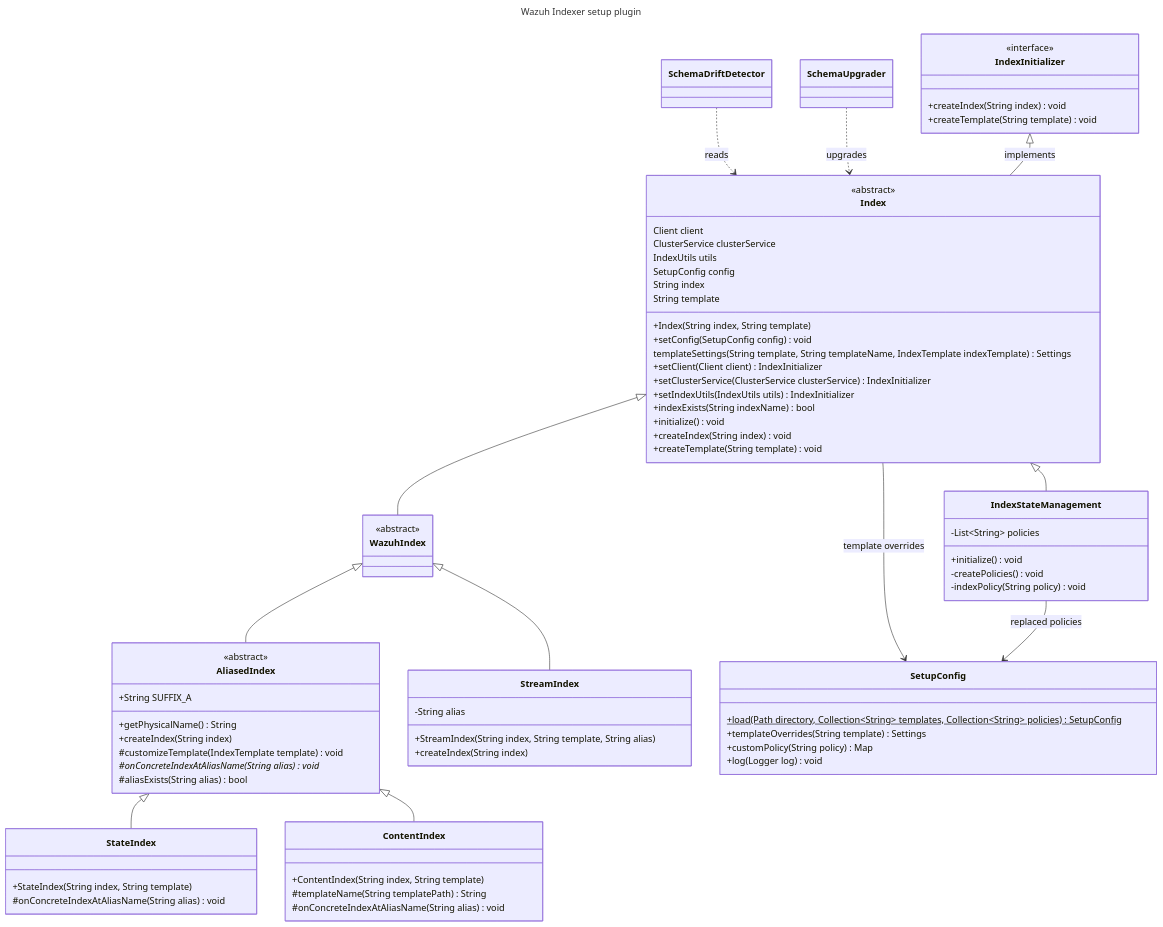
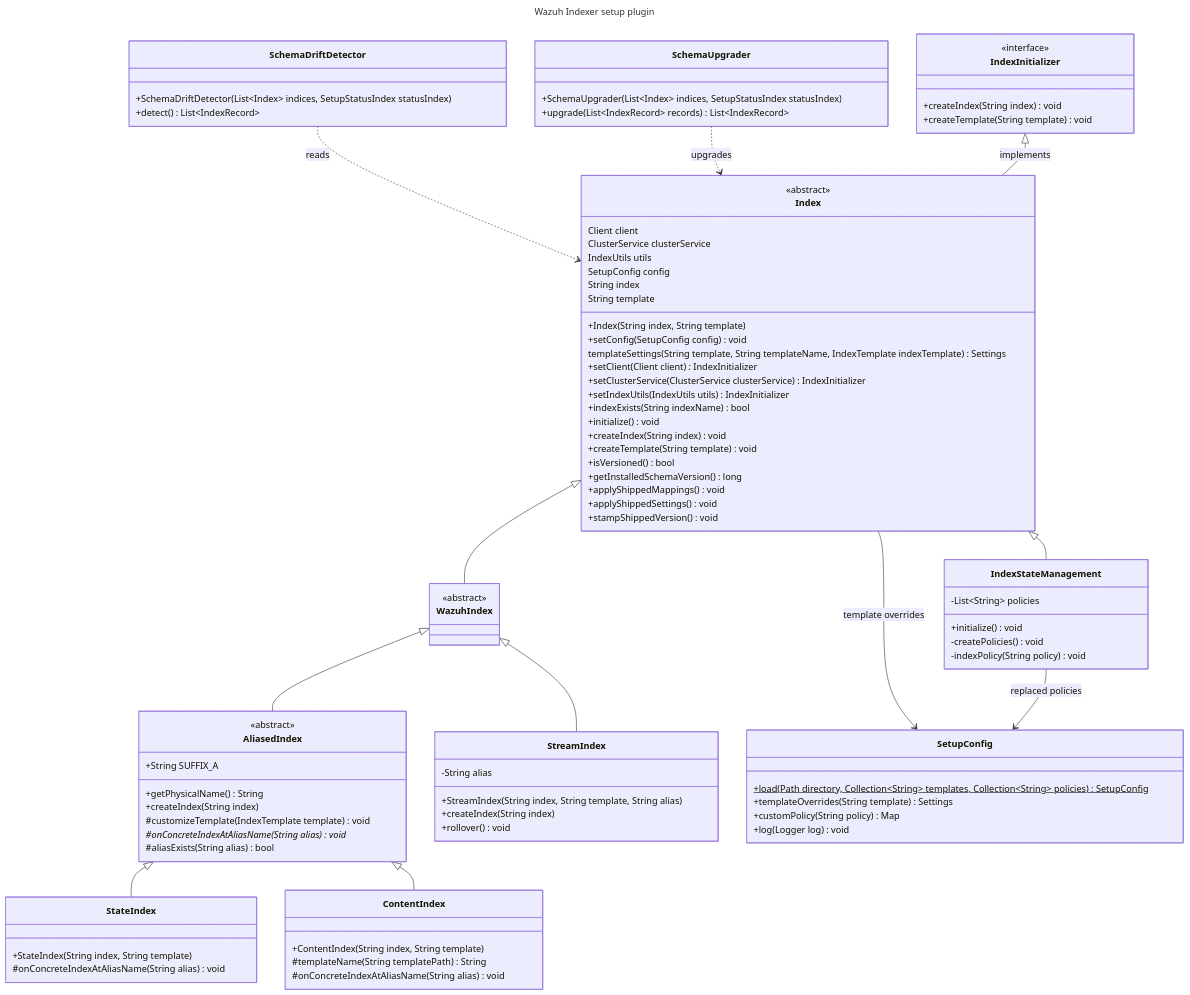
Before and after one commit to wazuh/wazuh-indexer-plugins: the first of 2 diagrams in docs/dev/plugins/setup.md, drawn with Mermaid. The commit also changed other lines of this file and 2 other files, not shown here.

Commit message:
Name the alias of the state indices in the upgrade docs and test
The upgrade addresses each index by its public name, which on the
alias-backed state indices reaches whichever slot is live. The
reference, the development guide and its diagrams say so, and the
integration test checks that a settings update through a state alias
lands on its -a index.

```diff
--- a/docs/dev/plugins/setup.md
+++ b/docs/dev/plugins/setup.md
@@ -63,6 +63,19 @@
         +initialize() void
         +createIndex(String index) void
         +createTemplate(String template) void
+        +isVersioned() bool
+        +getInstalledSchemaVersion() long
+        +applyShippedMappings() void
+        +applyShippedSettings() void
+        +stampShippedVersion() void
+    }
+    class SchemaDriftDetector {
+        +SchemaDriftDetector(List~Index~ indices, SetupStatusIndex statusIndex)
+        +detect() List~IndexRecord~
+    }
+    class SchemaUpgrader {
+        +SchemaUpgrader(List~Index~ indices, SetupStatusIndex statusIndex)
+        +upgrade(List~IndexRecord~ records) List~IndexRecord~
     }
     class IndexStateManagement {
         -List~String~ policies
@@ -82,6 +95,7 @@
         -String alias
         +StreamIndex(String index, String template, String alias)
         +createIndex(String index)
+        +rollover() void
     }
     class AliasedIndex {
         +String SUFFIX_A
```
